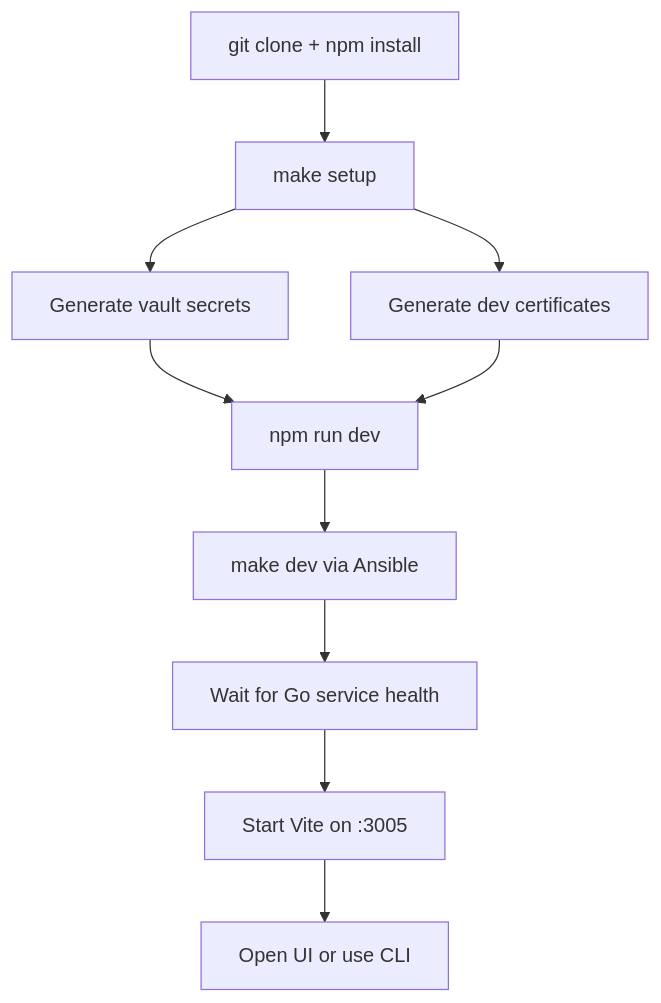
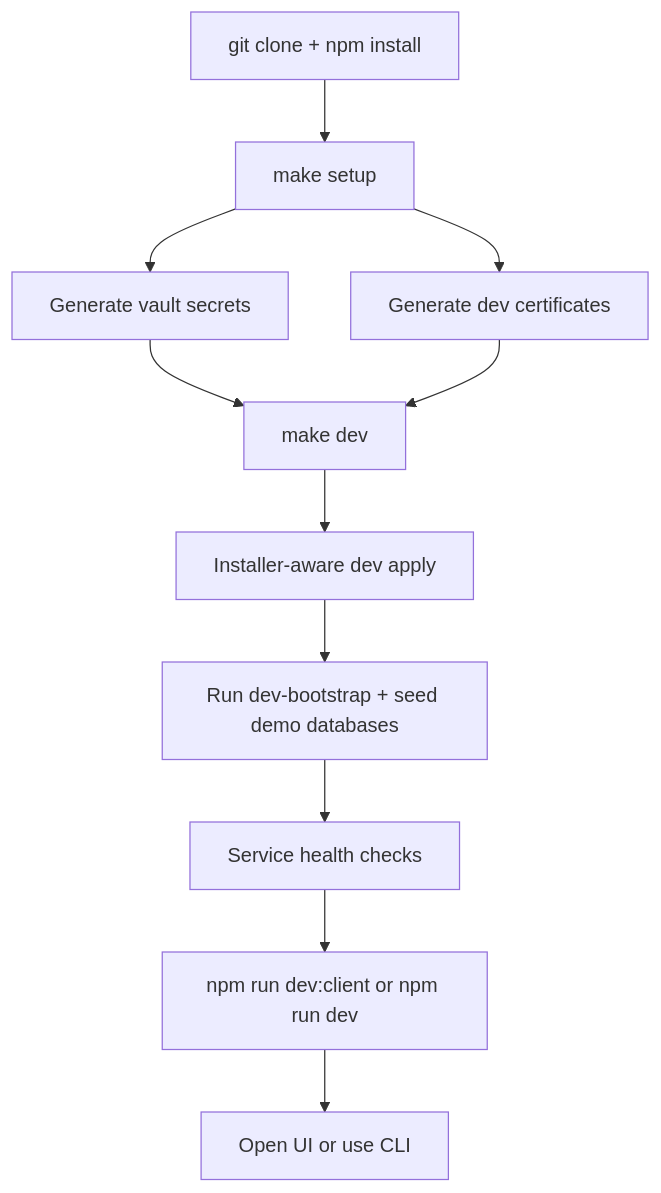
Before and after one commit to dnviti/remote-desktop-manager: the diagram in docs/getting-started.md, drawn with Mermaid. The commit also changed other lines of this file and 80 other files, not shown here.

Commit message:
Add installer-managed deployment flow and runtime feature manifest

````diff
--- a/docs/getting-started.md
+++ b/docs/getting-started.md
@@ -44,12 +50,13 @@
 ```mermaid
 flowchart TD
     A["git clone + npm install"] --> B["make setup"]
     B --> C["Generate vault secrets"]
     B --> D["Generate dev certificates"]
-    C --> E["npm run dev"]
+    C --> E["make dev"]
     D --> E
-    E --> F["make dev via Ansible"]
-    F --> G["Wait for Go service health"]
-    G --> H["Start Vite on :3005"]
-    H --> I["Open UI or use CLI"]
+    E --> F["Installer-aware dev apply"]
+    F --> G["Run dev-bootstrap + seed demo databases"]
+    G --> H["Service health checks"]
+    H --> I["npm run dev:client or npm run dev"]
+    I --> J["Open UI or use CLI"]
 ```
````
